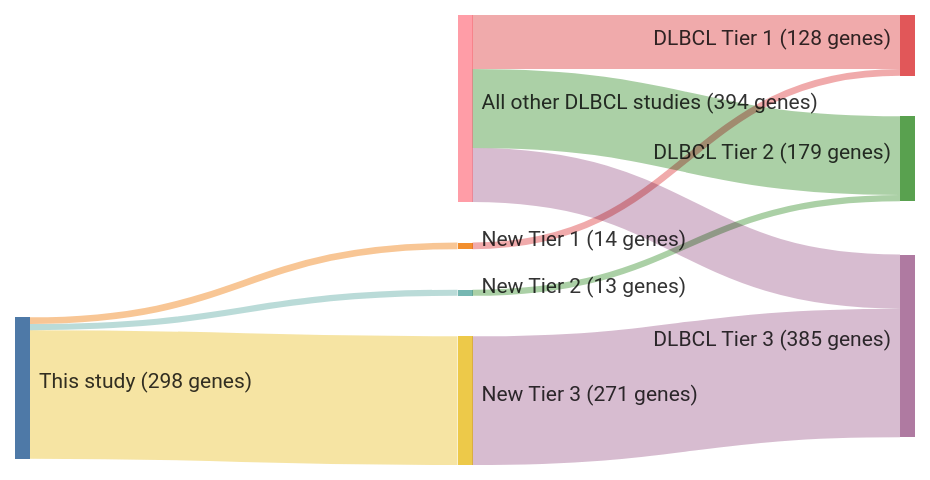
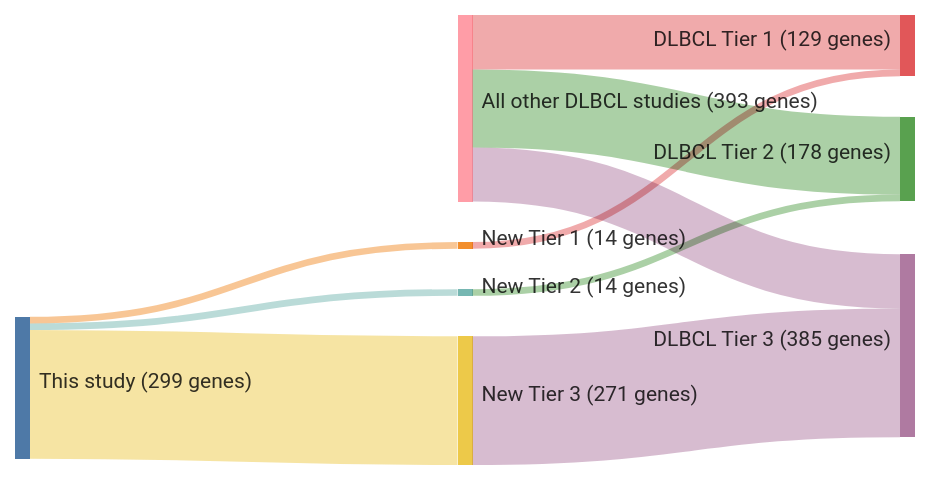
The diagram in papers/zhangGeneticHeterogeneityDiffuse2013.md (morinlab/lymphopedia), drawn with Mermaid before and after one commit. The commit also changed other lines of this file, not shown here.

````diff
--- a/papers/zhangGeneticHeterogeneityDiffuse2013.md
+++ b/papers/zhangGeneticHeterogeneityDiffuse2013.md
@@ -12,23 +12,23 @@
 ```mermaid
 ---
 config:
     sankey:
         showValues: true
         linkColor: target
         width: 600
         height: 300
         nodeAlignment: right
         prefix: '('
         suffix: ' genes)'
 ---
 sankey-beta
 This study, New Tier 1, 14
 New Tier 1, DLBCL Tier 1, 14
-This study, New Tier 2, 13
-New Tier 2, DLBCL Tier 2, 13
+This study, New Tier 2, 14
+New Tier 2, DLBCL Tier 2, 14
 This study, New Tier 3, 271
 New Tier 3, DLBCL Tier 3, 271
-All other DLBCL studies, DLBCL Tier 1, 114
-All other DLBCL studies, DLBCL Tier 2, 166
+All other DLBCL studies, DLBCL Tier 1, 115
+All other DLBCL studies, DLBCL Tier 2, 164
 All other DLBCL studies, DLBCL Tier 3, 114
 ```
````
